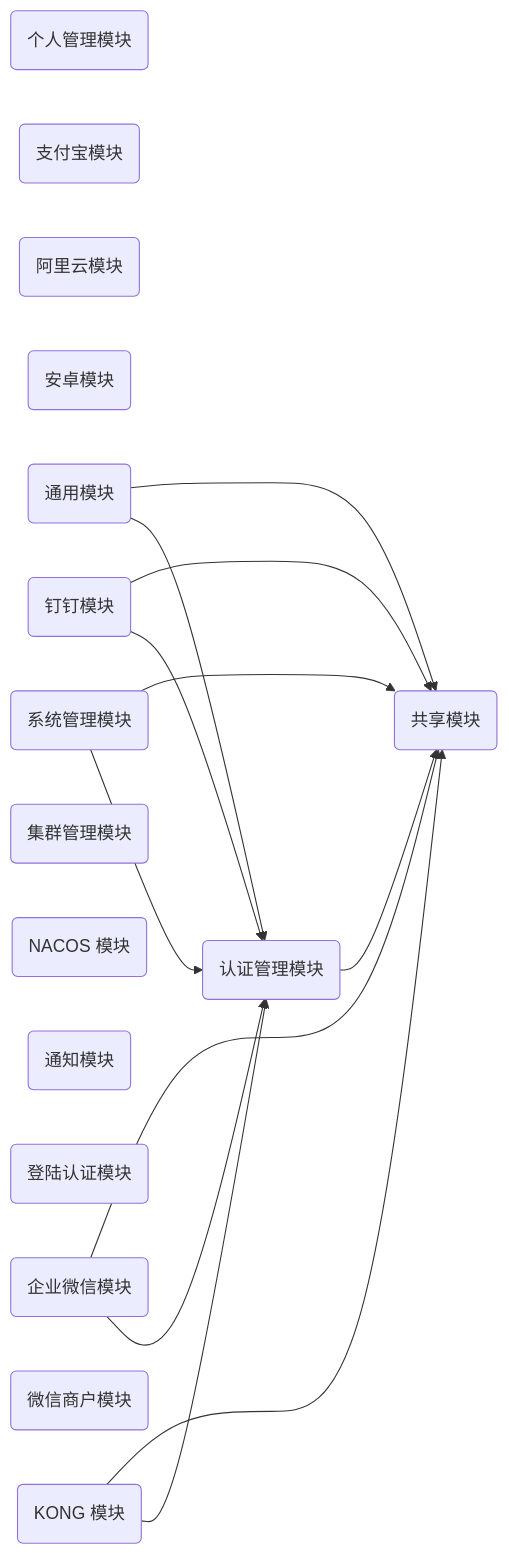
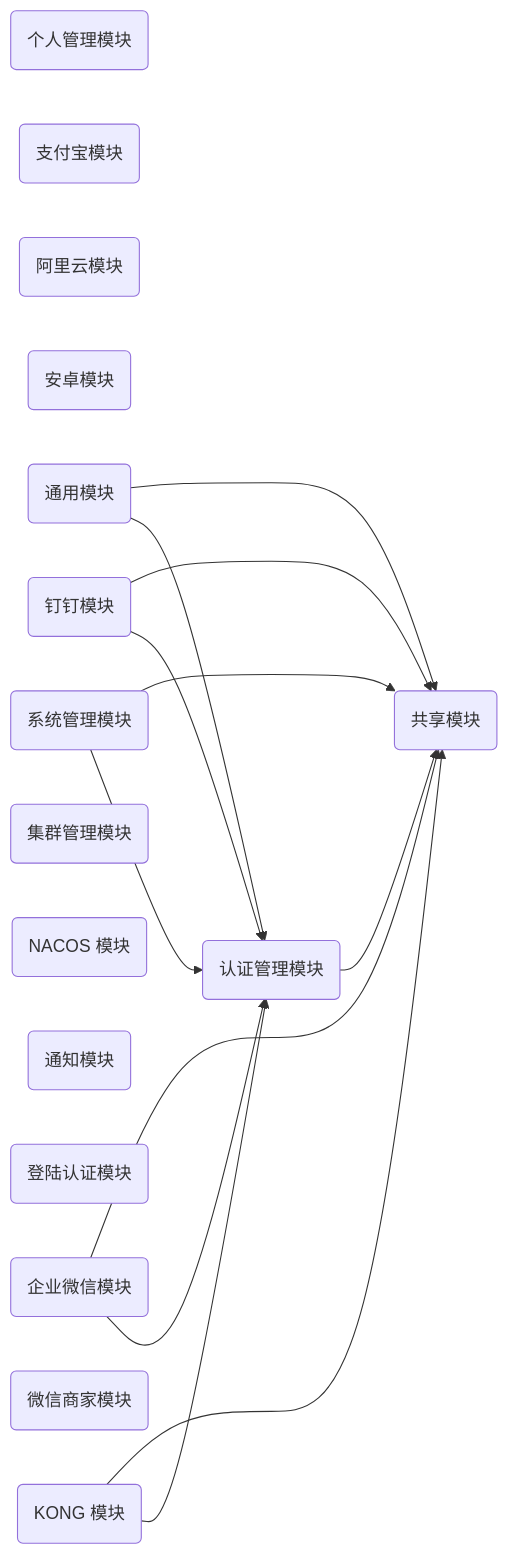
One commit to marbleqi/devopsapi changed the diagram in docs/项目设计.md. Above: the diagram before and after it, drawn with Mermaid. The commit also changed other lines of this file and 15 other files, not shown here.

````diff
--- a/docs/项目设计.md
+++ b/docs/项目设计.md
@@ -39,22 +39,22 @@
 ```mermaid
 flowchart LR
   account(个人管理模块)
   alipay(支付宝模块)
   aliyun(阿里云模块)
   android(安卓模块)
   auth(认证管理模块)
   common(通用模块)
   dingtalk(钉钉模块)
   kong(KONG 模块)
   kubernetes(集群管理模块)
   nacos(NACOS 模块)
   notify(通知模块)
   passport(登陆认证模块)
   shared(共享模块)
   sys(系统管理模块)
-  wechat(微信商户模块)
+  wechat(微信商家模块)
   wxwork(企业微信模块)
   auth --> shared
   common & dingtalk & sys & wxwork & kong --> shared & auth
 
 ```
````
